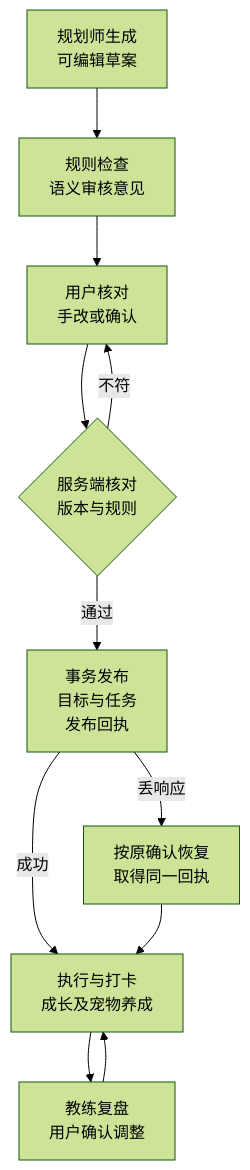
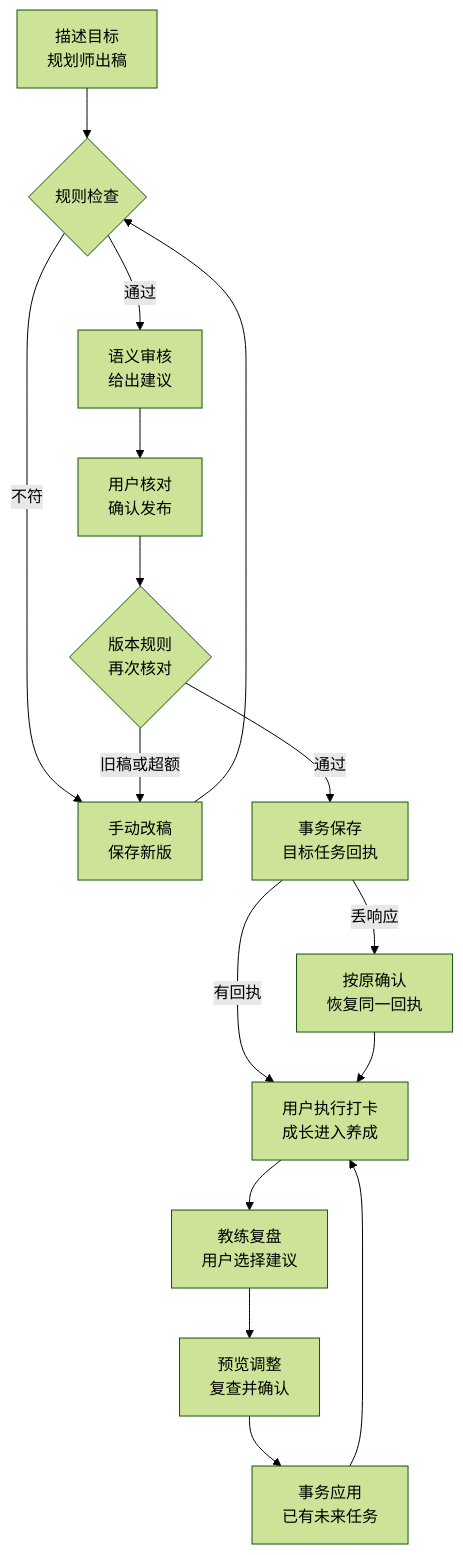
Before and after one commit to 666whatcanisay/WXshengling: the first of 2 diagrams in README.md, drawn with Mermaid (forest theme). The commit also changed other lines of this file, not shown here.

````diff
--- a/README.md
+++ b/README.md
@@ -34,13 +35,18 @@
 ```mermaid
 flowchart TD
-    A["规划师生成<br/>可编辑草案"] --> B["规则检查<br/>语义审核意见"]
-    B --> C["用户核对<br/>手改或确认"]
-    C --> D{"服务端核对<br/>版本与规则"}
-    D -->|"不符"| C
-    D -->|"通过"| E["事务发布<br/>目标与任务<br/>发布回执"]
-    E -->|"丢响应"| F["按原确认恢复<br/>取得同一回执"]
-    E -->|"成功"| G["执行与打卡<br/>成长及宠物养成"]
-    F --> G
-    G --> H["教练复盘<br/>用户确认调整"]
-    H --> G
+    A["描述目标<br/>规划师出稿"] --> B{"规则检查"}
+    B -->|"通过"| C["语义审核<br/>给出建议"]
+    B -->|"不符"| D["手动改稿<br/>保存新版"]
+    D --> B
+    C --> E["用户核对<br/>确认发布"]
+    E --> F{"版本规则<br/>再次核对"}
+    F -->|"旧稿或超额"| D
+    F -->|"通过"| G["事务保存<br/>目标任务回执"]
+    G -->|"有回执"| H["用户执行打卡<br/>成长进入养成"]
+    G -->|"丢响应"| R["按原确认<br/>恢复同一回执"]
+    R --> H
+    H --> I["教练复盘<br/>用户选择建议"]
+    I --> J["预览调整<br/>复查并确认"]
+    J --> K["事务应用<br/>已有未来任务"]
+    K --> H
 ```
````
